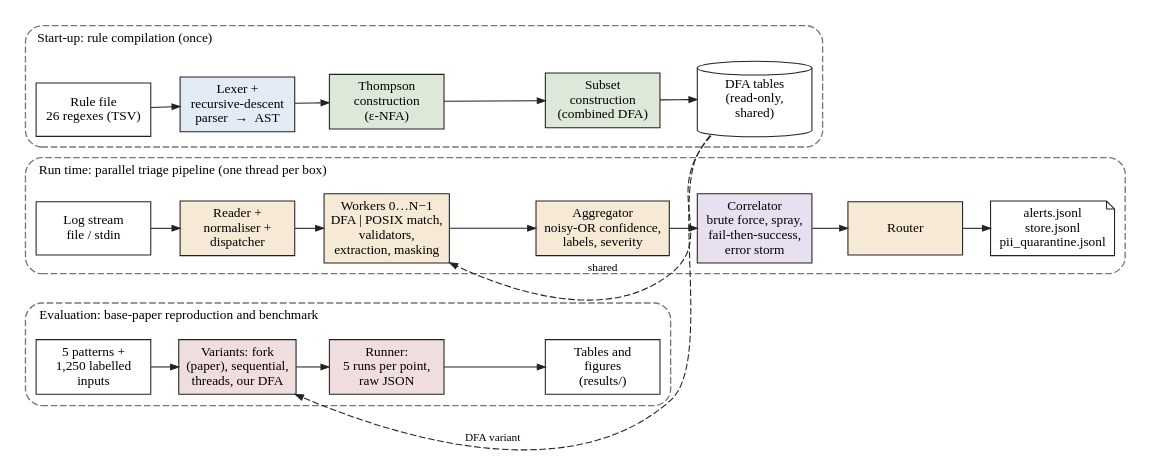
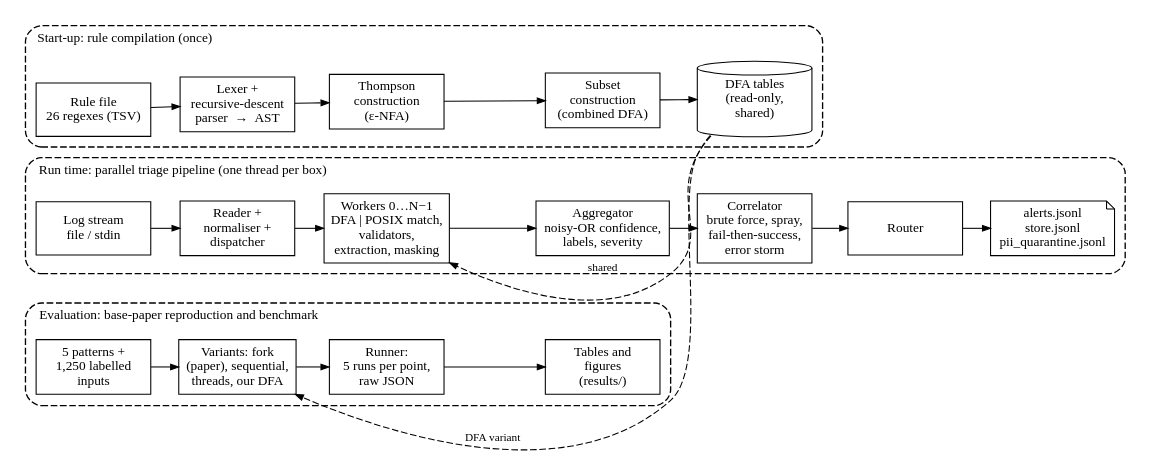
Before and after one commit to AdithyaSanthosh-P/Real-Time-Parallel-Log-Event-Triage-Engine: the diagram in tools/report/r2_arch.dot, drawn with Graphviz. The commit also changed 4 other files, not shown here.

First line of the commit message:
Final report: black-and-white diagram and charts, base paper vs this work comparison table (5.5)

```diff
--- a/tools/report/r2_arch.dot
+++ b/tools/report/r2_arch.dot
@@ -1,38 +1,38 @@
 digraph arch {
   graph [rankdir=LR, nodesep=0.12, ranksep=0.28, pad=0.05, fontname="Liberation Serif", fontsize=10, newrank=true];
-  node  [shape=box, style="filled", fontname="Liberation Serif", fontsize=10, color="#222222", fillcolor="#f2f2f2", penwidth=0.8, margin="0.07,0.05", height=0.55, width=1.2];
-  edge  [color="#222222", arrowsize=0.6, penwidth=0.8, fontname="Liberation Serif", fontsize=8.5];
+  node  [shape=box, style="filled", fontname="Liberation Serif", fontsize=10, color="#000000", fillcolor="#ffffff", penwidth=0.8, margin="0.07,0.05", height=0.55, width=1.2];
+  edge  [color="#000000", arrowsize=0.6, penwidth=0.8, fontname="Liberation Serif", fontsize=8.5];
 
   subgraph cluster_c {
-    label="Start-up: rule compilation (once)"; labeljust=l; style="rounded,dashed"; color="#777777";
+    label="Start-up: rule compilation (once)"; labeljust=l; style="rounded,dashed"; color="#000000";
     rf  [label="Rule file\n26 regexes (TSV)", fillcolor="#ffffff"];
-    m1  [label="Lexer +\nrecursive-descent\nparser  →  AST", fillcolor="#e3ebf6"];
-    m2a [label="Thompson\nconstruction\n(ε-NFA)", fillcolor="#dde8d8"];
-    m2b [label="Subset\nconstruction\n(combined DFA)", fillcolor="#dde8d8"];
+    m1  [label="Lexer +\nrecursive-descent\nparser  →  AST", fillcolor="#ffffff"];
+    m2a [label="Thompson\nconstruction\n(ε-NFA)", fillcolor="#ffffff"];
+    m2b [label="Subset\nconstruction\n(combined DFA)", fillcolor="#ffffff"];
     tb  [label="DFA tables\n(read-only,\nshared)", shape=cylinder, fillcolor="#ffffff"];
     rf -> m1 -> m2a -> m2b -> tb;
   }
   subgraph cluster_r {
-    label="Run time: parallel triage pipeline (one thread per box)"; labeljust=l; style="rounded,dashed"; color="#777777";
+    label="Run time: parallel triage pipeline (one thread per box)"; labeljust=l; style="rounded,dashed"; color="#000000";
     in  [label="Log stream\nfile / stdin", fillcolor="#ffffff"];
-    rd  [label="Reader +\nnormaliser +\ndispatcher", fillcolor="#f6e9d5"];
-    wk  [label="Workers 0…N−1\nDFA | POSIX match,\nvalidators,\nextraction, masking", fillcolor="#f6e9d5"];
-    ag  [label="Aggregator\nnoisy-OR confidence,\nlabels, severity", fillcolor="#f6e9d5"];
-    co  [label="Correlator\nbrute force, spray,\nfail-then-success,\nerror storm", fillcolor="#e8dff0"];
-    ro  [label="Router", fillcolor="#f6e9d5"];
+    rd  [label="Reader +\nnormaliser +\ndispatcher", fillcolor="#ffffff"];
+    wk  [label="Workers 0…N−1\nDFA | POSIX match,\nvalidators,\nextraction, masking", fillcolor="#ffffff"];
+    ag  [label="Aggregator\nnoisy-OR confidence,\nlabels, severity", fillcolor="#ffffff"];
+    co  [label="Correlator\nbrute force, spray,\nfail-then-success,\nerror storm", fillcolor="#ffffff"];
+    ro  [label="Router", fillcolor="#ffffff"];
     out [label="alerts.jsonl\nstore.jsonl\npii_quarantine.jsonl", shape=note, fillcolor="#ffffff"];
     in -> rd -> wk -> ag -> co -> ro -> out;
   }
   subgraph cluster_b {
-    label="Evaluation: base-paper reproduction and benchmark"; labeljust=l; style="rounded,dashed"; color="#777777";
+    label="Evaluation: base-paper reproduction and benchmark"; labeljust=l; style="rounded,dashed"; color="#000000";
     p5 [label="5 patterns +\n1,250 labelled\ninputs", fillcolor="#ffffff"];
-    vr [label="Variants: fork\n(paper), sequential,\nthreads, our DFA", fillcolor="#f0dede"];
-    ru [label="Runner:\n5 runs per point,\nraw JSON", fillcolor="#f0dede"];
+    vr [label="Variants: fork\n(paper), sequential,\nthreads, our DFA", fillcolor="#ffffff"];
+    ru [label="Runner:\n5 runs per point,\nraw JSON", fillcolor="#ffffff"];
     rs [label="Tables and\nfigures\n(results/)", fillcolor="#ffffff"];
     p5 -> vr -> ru -> rs;
   }
   tb -> wk [style=dashed, constraint=false, label=" shared"];
   tb -> vr [style=dashed, constraint=false, label=" DFA variant"];
   {rank=same; rf; in; p5;}
   rf -> in -> p5 [style=invis];
 }
```
